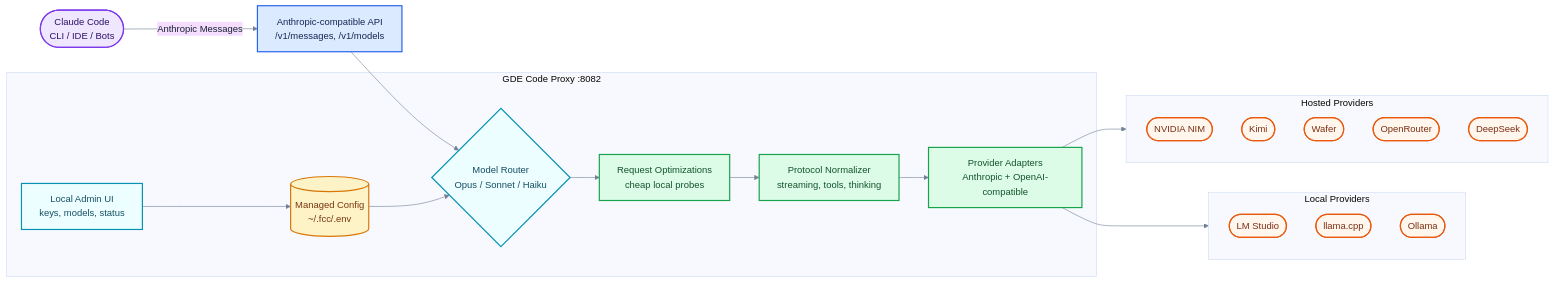
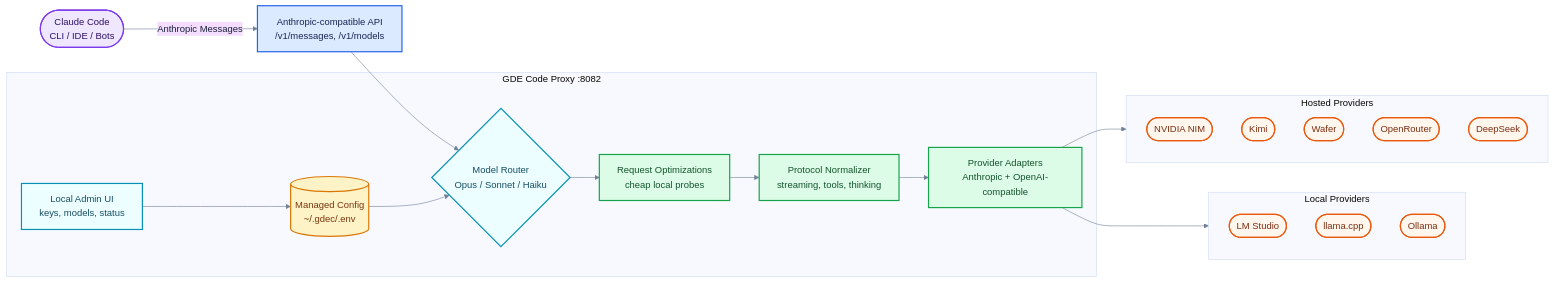
Before and after one commit to Gerardopaper/gde-code: the diagram in assets/how-it-works.mmd, drawn with Mermaid. The commit also changed 45 other files, not shown here.

First line of the commit message:
Rebrand remaining identifiers to gdec/gde-code and drop dead legacy env migration

```diff
--- a/assets/how-it-works.mmd
+++ b/assets/how-it-works.mmd
@@ -1,51 +1,51 @@
 %%{init: {"theme": "base", "themeVariables": {"fontFamily": "Inter, ui-sans-serif, system-ui, Segoe UI, Arial", "background": "transparent", "primaryTextColor": "#172033", "lineColor": "#718096"}}}%%
 flowchart LR
     client(["Claude Code<br/>CLI / IDE / Bots"])
     api["Anthropic-compatible API<br/>/v1/messages, /v1/models"]
 
     subgraph proxy["GDE Code Proxy :8082"]
         admin["Local Admin UI<br/>keys, models, status"]
-        config[("Managed Config<br/>~/.fcc/.env")]
+        config[("Managed Config<br/>~/.gdec/.env")]
         router{"Model Router<br/>Opus / Sonnet / Haiku"}
         optimize["Request Optimizations<br/>cheap local probes"]
         normalize["Protocol Normalizer<br/>streaming, tools, thinking"]
         adapters["Provider Adapters<br/>Anthropic + OpenAI-compatible"]
     end
 
     subgraph hosted["Hosted Providers"]
         nim(["NVIDIA NIM"])
         kimi(["Kimi"])
         wafer(["Wafer"])
         openrouter(["OpenRouter"])
         deepseek(["DeepSeek"])
     end
 
     subgraph local["Local Providers"]
         lmstudio(["LM Studio"])
         llamacpp(["llama.cpp"])
         ollama(["Ollama"])
     end
 
     client -->|"Anthropic Messages"| api
     api --> router
     admin --> config
     config --> router
     router --> optimize
     optimize --> normalize
     normalize --> adapters
     adapters --> hosted
     adapters --> local
 
     classDef client fill:#efe7ff,stroke:#7c3aed,stroke-width:2px,color:#2e1065;
     classDef api fill:#dbeafe,stroke:#2563eb,stroke-width:2px,color:#172554;
     classDef proxy fill:#ecfeff,stroke:#0891b2,stroke-width:2px,color:#164e63;
     classDef config fill:#fef3c7,stroke:#d97706,stroke-width:2px,color:#78350f;
     classDef transform fill:#dcfce7,stroke:#16a34a,stroke-width:2px,color:#14532d;
     classDef provider fill:#fff7ed,stroke:#ea580c,stroke-width:2px,color:#7c2d12;
 
     class client client;
     class api api;
     class admin,router proxy;
     class config config;
     class optimize,normalize,adapters transform;
     class nim,kimi,wafer,openrouter,deepseek,lmstudio,llamacpp,ollama provider;
```
